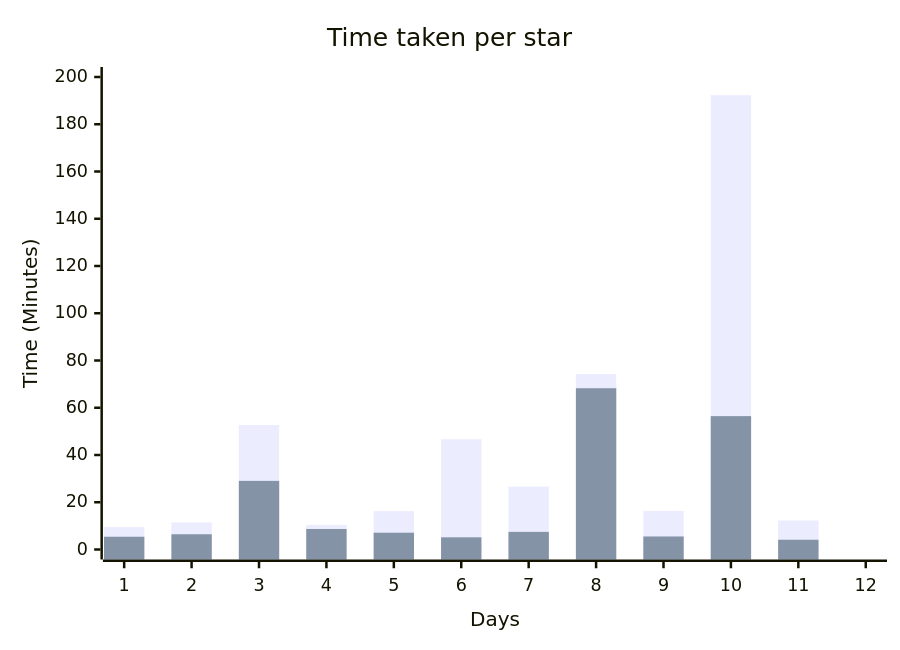
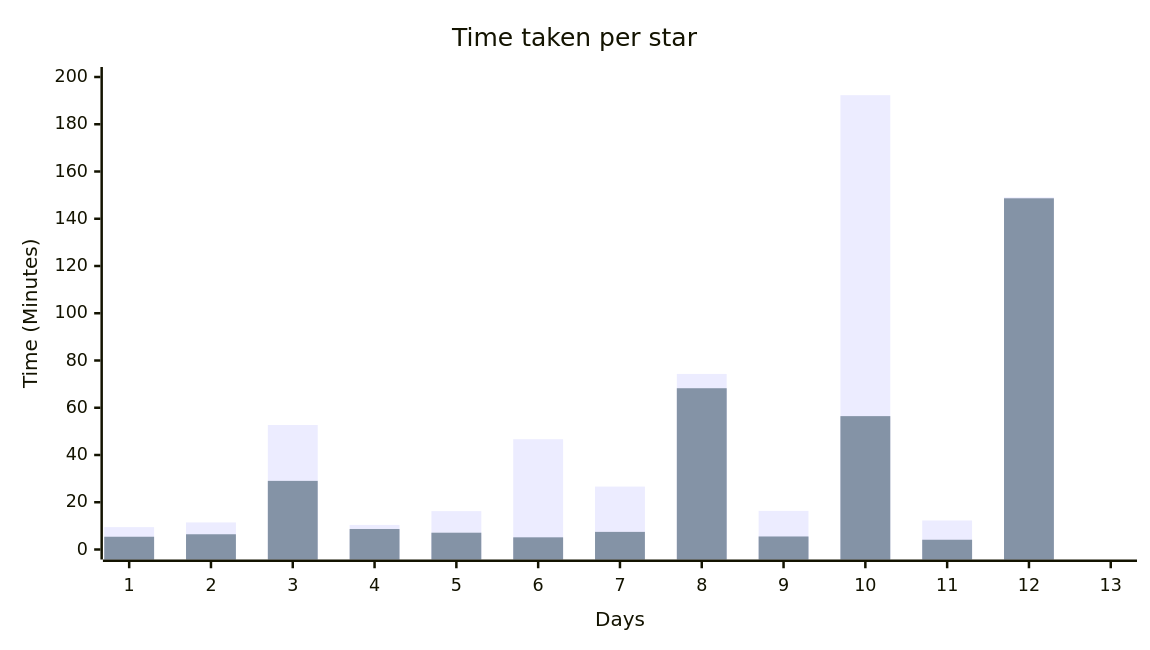
Before and after one commit to Voxed/aoc25: the diagram in readme.md, drawn with Mermaid. The commit also changed other lines of this file, not shown here.

````diff
--- a/readme.md
+++ b/readme.md
@@ -16,8 +16,13 @@
 ```mermaid
+---
+config:
+  xyChart:
+    width: 900
+---
 xychart
     title "Time taken per star"
-    x-axis "Days" [1,2,3,4,5,6,7,8,9,10,11,12]
+    x-axis "Days" [1,2,3,4,5,6,7,8,9,10,11,12, 13]
     y-axis "Time (Minutes)" 0 --> 200
-    bar [9.48, 11.46, 52.7, 10.4, 16.25, 46.68, 26.63, 74.31, 16.35, 192.31, 12.28]
-    bar [5.4, 6.45, 29.05, 8.68, 7.11, 5.15, 7.46, 68.26, 5.51, 56.45, 4.13]
+    bar [9.48, 11.46, 52.7, 10.4, 16.25, 46.68, 26.63, 74.31, 16.35, 192.31, 12.28, 149.05]
+    bar [5.4, 6.45, 29.05, 8.68, 7.11, 5.15, 7.46, 68.26, 5.51, 56.45, 4.13, 148.65]
 ```
````
